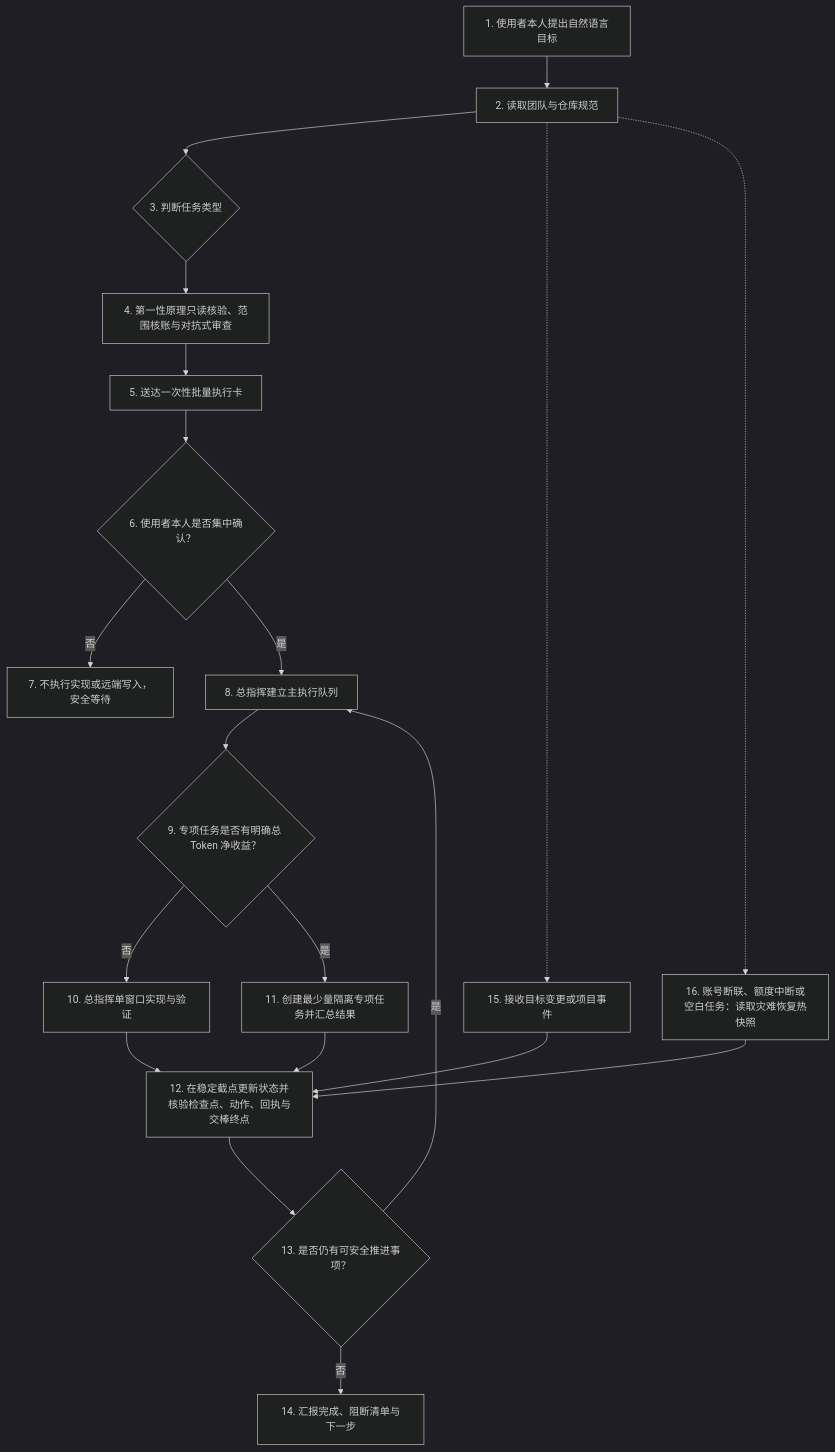
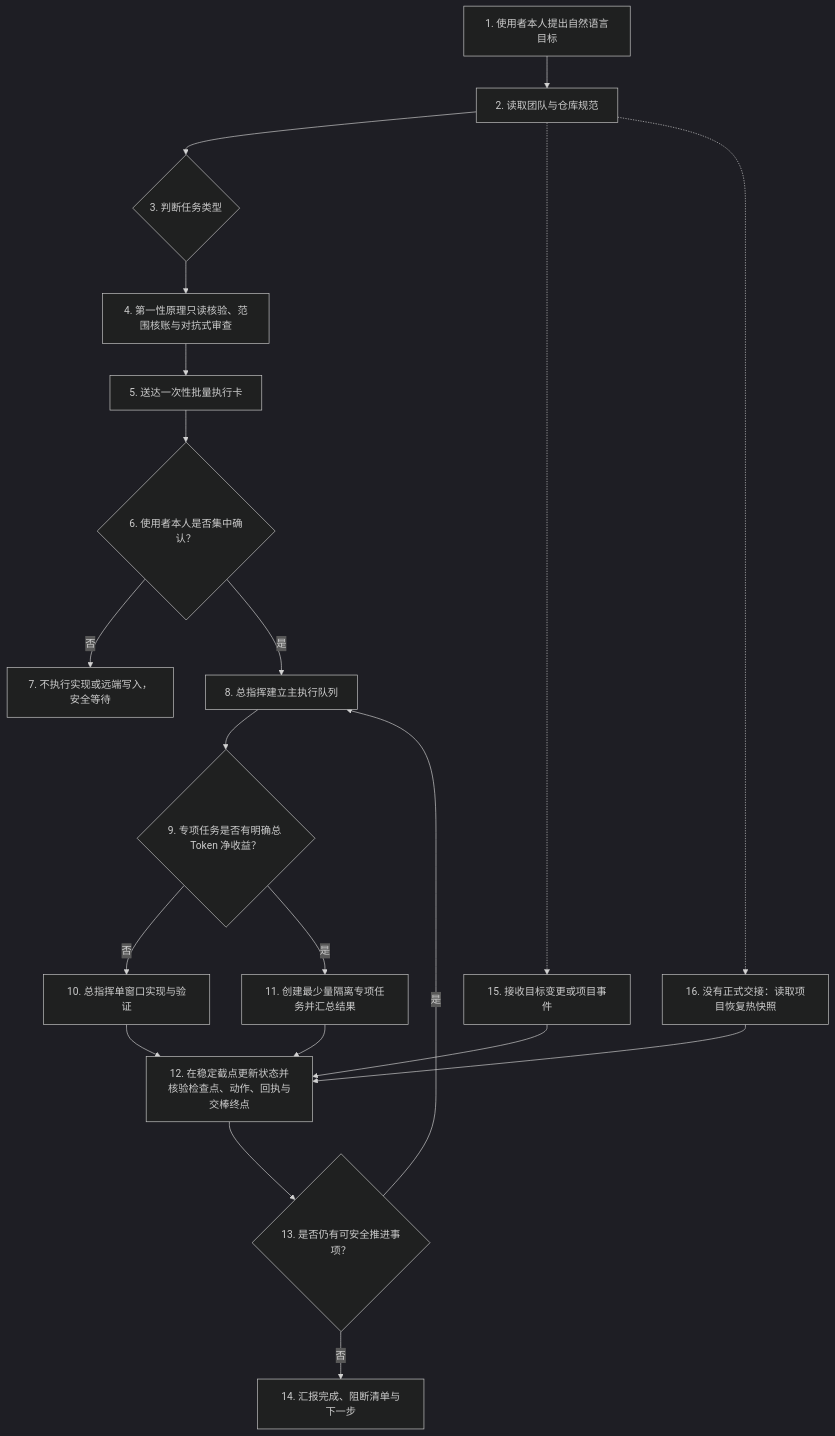
Before and after one commit to RongNianXin/codex-workflows: the diagram in 总指挥工作流/第二代总指挥的工作模式/00-第二代工作流总览.md, drawn with Mermaid (dark theme). The commit also changed other lines of this file and 8 other files, not shown here.

````diff
--- a/总指挥工作流/第二代总指挥的工作模式/00-第二代工作流总览.md
+++ b/总指挥工作流/第二代总指挥的工作模式/00-第二代工作流总览.md
@@ -27,23 +27,23 @@
 ```mermaid
 flowchart TD
     _01["1. 使用者本人提出自然语言目标"] --> _02["2. 读取团队与仓库规范"]
     _02 --> _03{"3. 判断任务类型"}
     _03 --> _04["4. 第一性原理只读核验、范围核账与对抗式审查"]
     _04 --> _05["5. 送达一次性批量执行卡"]
     _05 --> _06{"6. 使用者本人是否集中确认？"}
     _06 -->|否| _07["7. 不执行实现或远端写入，安全等待"]
     _06 -->|是| _08["8. 总指挥建立主执行队列"]
     _08 --> _09{"9. 专项任务是否有明确总 Token 净收益？"}
     _09 -->|否| _10["10. 总指挥单窗口实现与验证"]
     _09 -->|是| _11["11. 创建最少量隔离专项任务并汇总结果"]
     _10 --> _12
     _11 --> _12
     _12["12. 在稳定截点更新状态并核验检查点、动作、回执与交棒终点"]
     _12 --> _13{"13. 是否仍有可安全推进事项？"}
     _13 -->|是| _08
     _13 -->|否| _14["14. 汇报完成、阻断清单与下一步"]
     _02 -.-> _15["15. 接收目标变更或项目事件"]
     _15 --> _12
-    _02 -.-> _16["16. 账号断联、额度中断或空白任务：读取灾难恢复热快照"]
+    _02 -.-> _16["16. 没有正式交接：读取项目恢复热快照"]
     _16 --> _12
 ```
````
